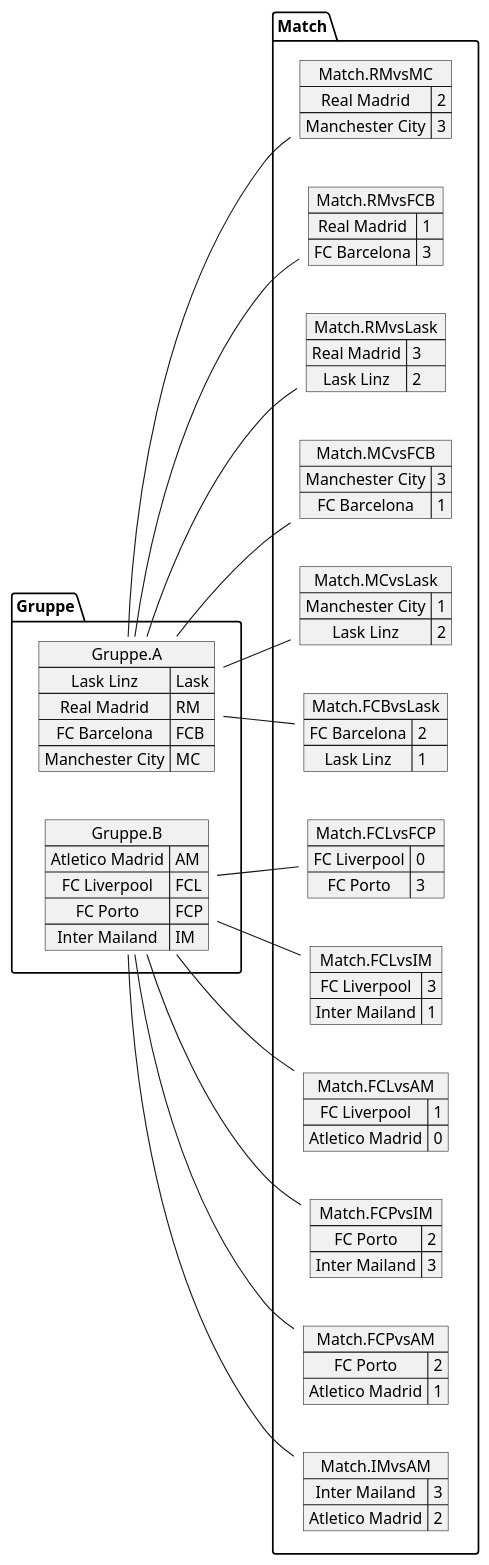
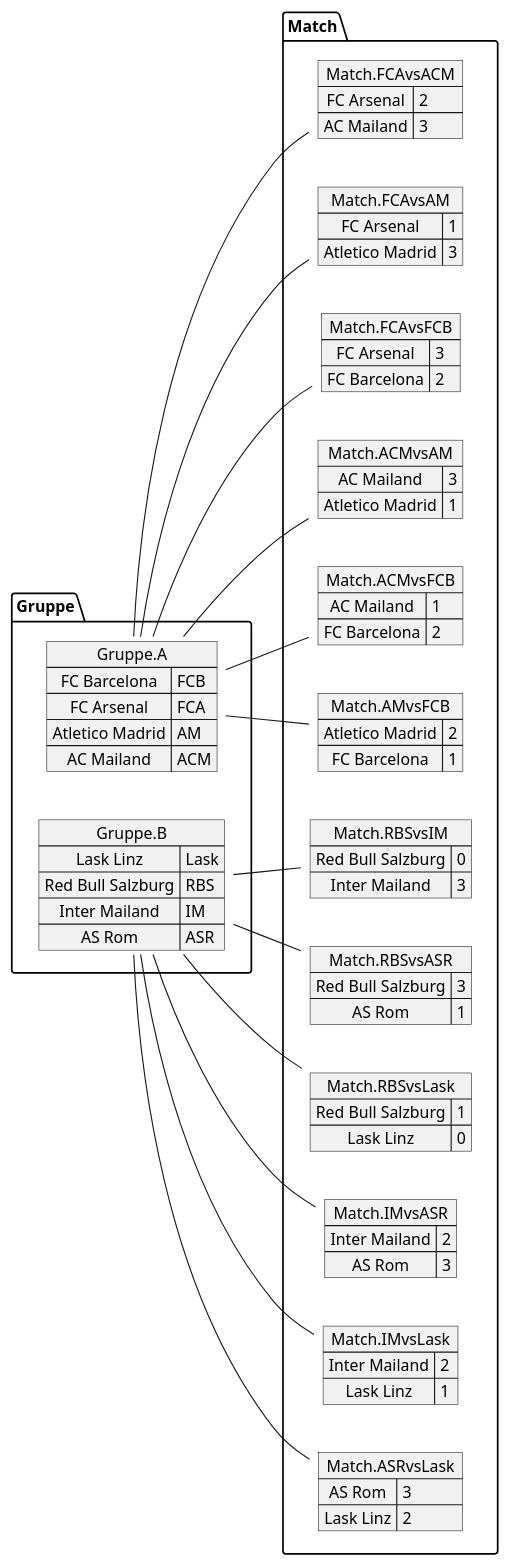
Before and after one commit to htl-leonding-project/2022-4ahif-autohaus: the diagram in asciidocs/plantuml/ResultGP.puml, drawn with PlantUML. The commit also changed 9 other files, not shown here.

```diff
--- a/asciidocs/plantuml/ResultGP.puml
+++ b/asciidocs/plantuml/ResultGP.puml
@@ -1,88 +1,88 @@
 @startuml TestGPTournament2.png
 left to right direction
 
 map Gruppe.A {
-Lask Linz=>Lask
-Real Madrid=>RM
 FC Barcelona=>FCB
-Manchester City=>MC
+FC Arsenal=>FCA
+Atletico Madrid=>AM
+AC Mailand=>ACM
 }
 
 map Gruppe.B {
-Atletico Madrid=>AM
-FC Liverpool=>FCL
-FC Porto=>FCP
+Lask Linz=>Lask
+Red Bull Salzburg=>RBS
 Inter Mailand=>IM
+AS Rom=>ASR
 }
-map Match.RMvsMC {
-Real Madrid => 2
-Manchester City => 3
+map Match.FCAvsACM {
+FC Arsenal => 2
+AC Mailand => 3
 }
 
-map Match.RMvsFCB {
-Real Madrid => 1
-FC Barcelona => 3
+map Match.FCAvsAM {
+FC Arsenal => 1
+Atletico Madrid => 3
 }
 
-map Match.RMvsLask {
-Real Madrid => 3
-Lask Linz => 2
+map Match.FCAvsFCB {
+FC Arsenal => 3
+FC Barcelona => 2
 }
 
-map Match.MCvsFCB {
-Manchester City => 3
+map Match.ACMvsAM {
+AC Mailand => 3
+Atletico Madrid => 1
+}
+
+map Match.ACMvsFCB {
+AC Mailand => 1
+FC Barcelona => 2
+}
+
+map Match.AMvsFCB {
+Atletico Madrid => 2
 FC Barcelona => 1
 }
-
-map Match.MCvsLask {
-Manchester City => 1
-Lask Linz => 2
-}
-
-map Match.FCBvsLask {
-FC Barcelona => 2
-Lask Linz => 1
-}
-map Match.FCLvsFCP {
-FC Liverpool => 0
-FC Porto => 3
-}
-
-map Match.FCLvsIM {
-FC Liverpool => 3
-Inter Mailand => 1
-}
-
-map Match.FCLvsAM {
-FC Liverpool => 1
-Atletico Madrid => 0
-}
-
-map Match.FCPvsIM {
-FC Porto => 2
+map Match.RBSvsIM {
+Red Bull Salzburg => 0
 Inter Mailand => 3
 }
 
-map Match.FCPvsAM {
-FC Porto => 2
-Atletico Madrid => 1
+map Match.RBSvsASR {
+Red Bull Salzburg => 3
+AS Rom => 1
 }
 
-map Match.IMvsAM {
-Inter Mailand => 3
-Atletico Madrid => 2
+map Match.RBSvsLask {
+Red Bull Salzburg => 1
+Lask Linz => 0
 }
-Gruppe.A -- Match.RMvsMC
-Gruppe.A -- Match.RMvsFCB
-Gruppe.A -- Match.RMvsLask
-Gruppe.A -- Match.MCvsFCB
-Gruppe.A -- Match.MCvsLask
-Gruppe.A -- Match.FCBvsLask
-Gruppe.B -- Match.FCLvsFCP
-Gruppe.B -- Match.FCLvsIM
-Gruppe.B -- Match.FCLvsAM
-Gruppe.B -- Match.FCPvsIM
-Gruppe.B -- Match.FCPvsAM
-Gruppe.B -- Match.IMvsAM
+
+map Match.IMvsASR {
+Inter Mailand => 2
+AS Rom => 3
+}
+
+map Match.IMvsLask {
+Inter Mailand => 2
+Lask Linz => 1
+}
+
+map Match.ASRvsLask {
+AS Rom => 3
+Lask Linz => 2
+}
+Gruppe.A -- Match.FCAvsACM
+Gruppe.A -- Match.FCAvsAM
+Gruppe.A -- Match.FCAvsFCB
+Gruppe.A -- Match.ACMvsAM
+Gruppe.A -- Match.ACMvsFCB
+Gruppe.A -- Match.AMvsFCB
+Gruppe.B -- Match.RBSvsIM
+Gruppe.B -- Match.RBSvsASR
+Gruppe.B -- Match.RBSvsLask
+Gruppe.B -- Match.IMvsASR
+Gruppe.B -- Match.IMvsLask
+Gruppe.B -- Match.ASRvsLask
 
 @enduml
```
